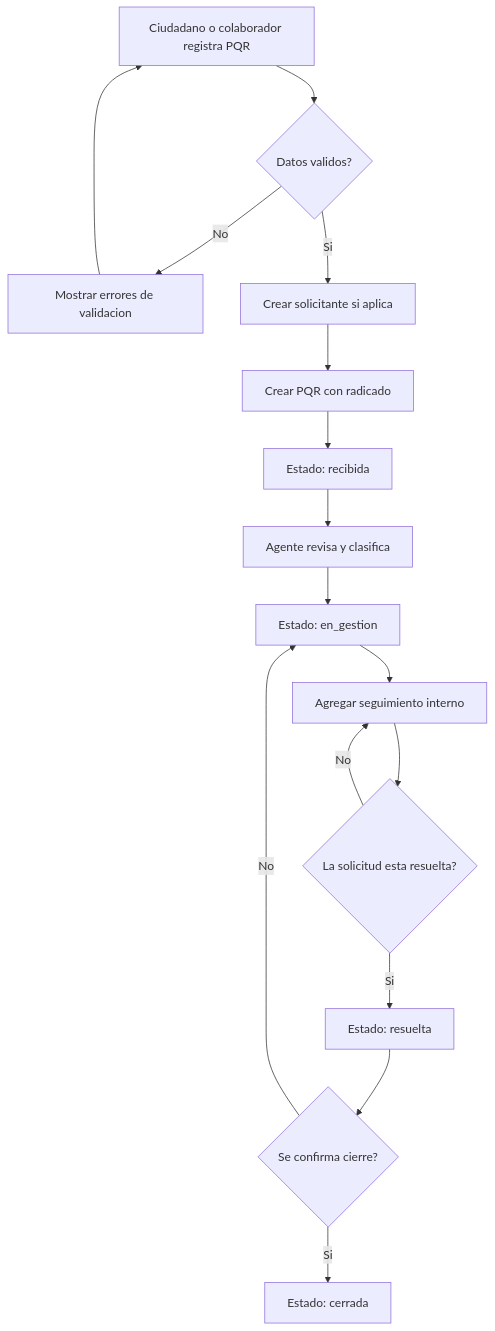
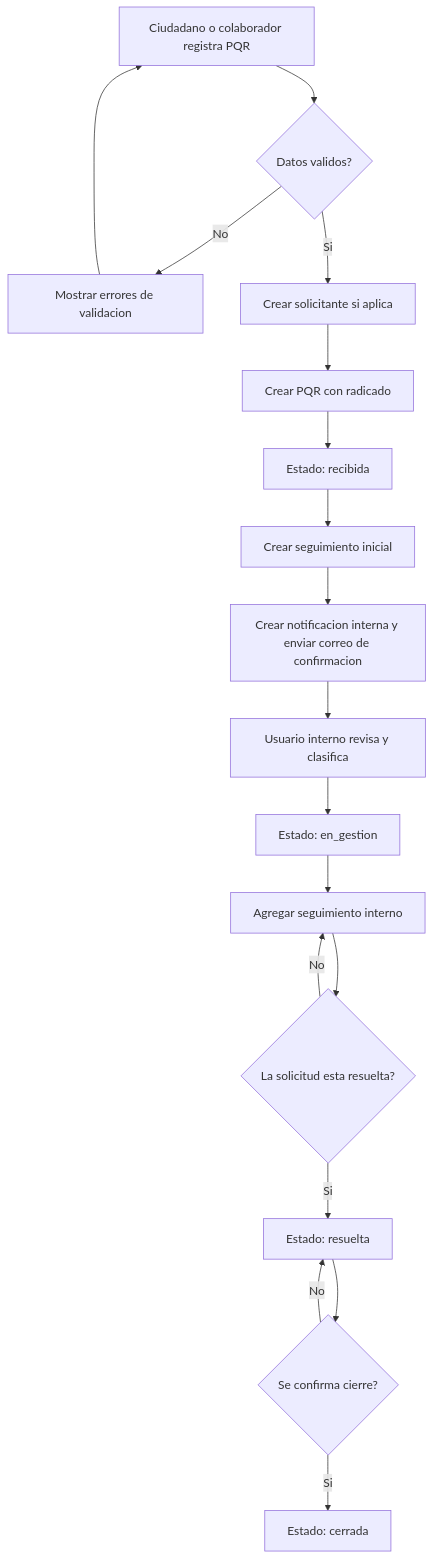
One commit to mayero2304/PRUEBA_EVALUACION_PQR changed the diagram in doc/flujo-proceso.md. Above: the diagram before and after it, drawn with Mermaid. The commit also changed other lines of this file and 5 other files, not shown here.

````diff
--- a/doc/flujo-proceso.md
+++ b/doc/flujo-proceso.md
@@ -3,18 +3,20 @@
 ```mermaid
 flowchart TD
   A[Ciudadano o colaborador registra PQR] --> B{Datos validos?}
   B -- No --> C[Mostrar errores de validacion]
   C --> A
   B -- Si --> D[Crear solicitante si aplica]
   D --> E[Crear PQR con radicado]
   E --> F[Estado: recibida]
-  F --> G[Agente revisa y clasifica]
+  F --> N[Crear seguimiento inicial]
+  N --> O[Crear notificacion interna y enviar correo de confirmacion]
+  O --> G[Usuario interno revisa y clasifica]
   G --> H[Estado: en_gestion]
   H --> I[Agregar seguimiento interno]
   I --> J{La solicitud esta resuelta?}
   J -- No --> I
   J -- Si --> K[Estado: resuelta]
   K --> L{Se confirma cierre?}
-  L -- No --> H
+  L -- No --> K
   L -- Si --> M[Estado: cerrada]
 ```
````
